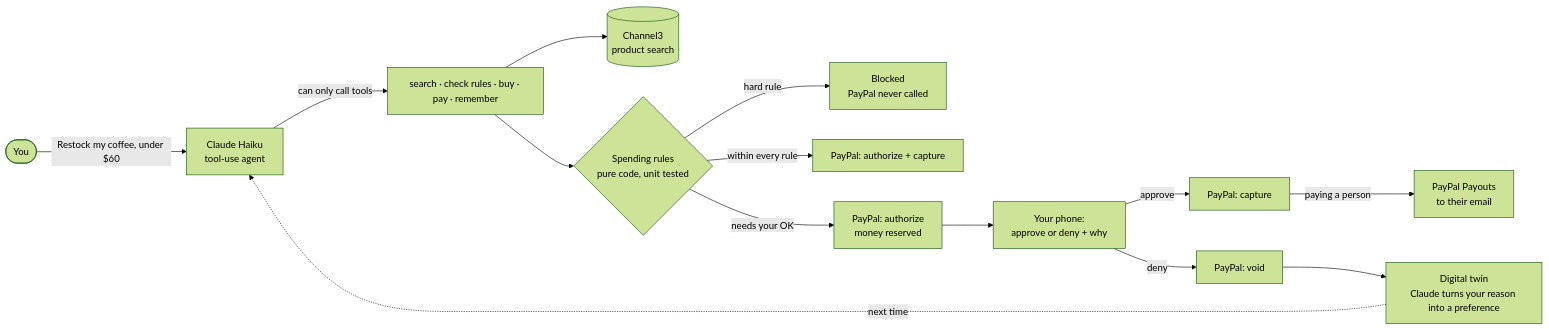
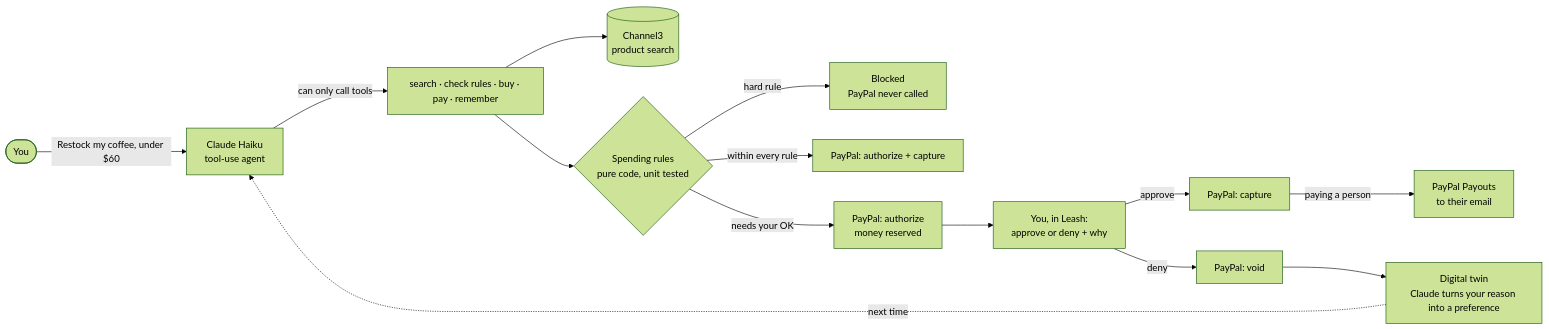
The diagram in README.md (nkimajie/leash), drawn with Mermaid (forest theme) before and after one commit. The commit also changed other lines of this file and 3 other files, not shown here.

Commit message:
Docs: you approve with one tap in Leash, not on a phone

````diff
--- a/README.md
+++ b/README.md
@@ -75,16 +75,16 @@
 ```mermaid
 flowchart LR
   you([You]) -->|"Restock my coffee, under $60"| claude[Claude Haiku<br/>tool-use agent]
   claude -->|can only call tools| tools[search · check rules · buy · pay · remember]
   tools --> channel3[(Channel3<br/>product search)]
   tools --> rules{Spending rules<br/>pure code, unit tested}
   rules -->|hard rule| blocked[Blocked<br/>PayPal never called]
   rules -->|within every rule| paid[PayPal: authorize + capture]
   rules -->|needs your OK| held[PayPal: authorize<br/>money reserved]
-  held --> phone[Your phone:<br/>approve or deny + why]
-  phone -->|approve| capture[PayPal: capture]
+  held --> you2[You, in Leash:<br/>approve or deny + why]
+  you2 -->|approve| capture[PayPal: capture]
   capture -->|paying a person| payout[PayPal Payouts<br/>to their email]
-  phone -->|deny| void[PayPal: void]
+  you2 -->|deny| void[PayPal: void]
   void --> twin[Digital twin<br/>Claude turns your reason into a preference]
   twin -.->|next time| claude
 ```
````
